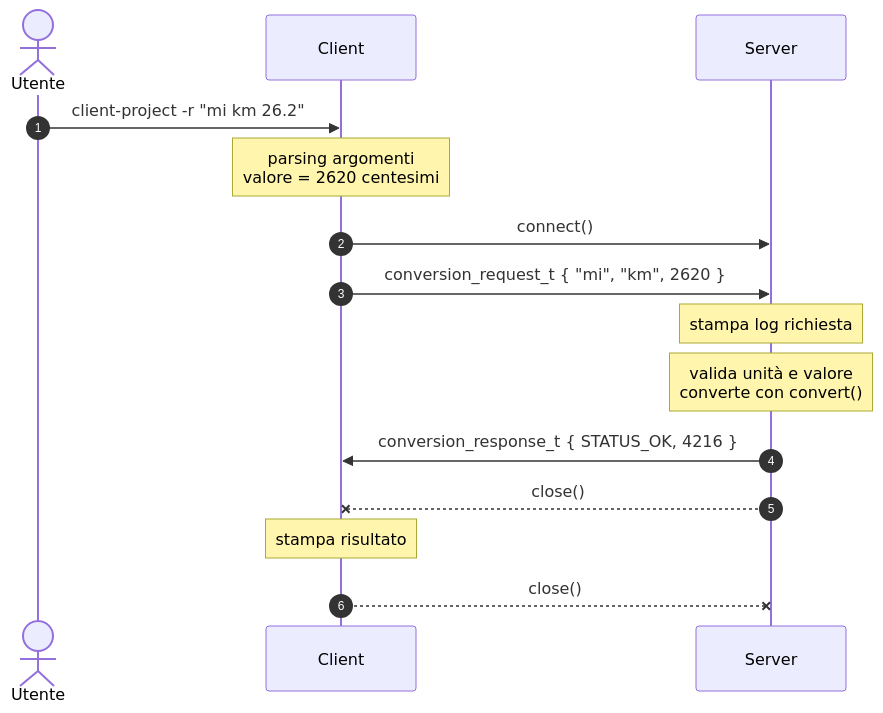
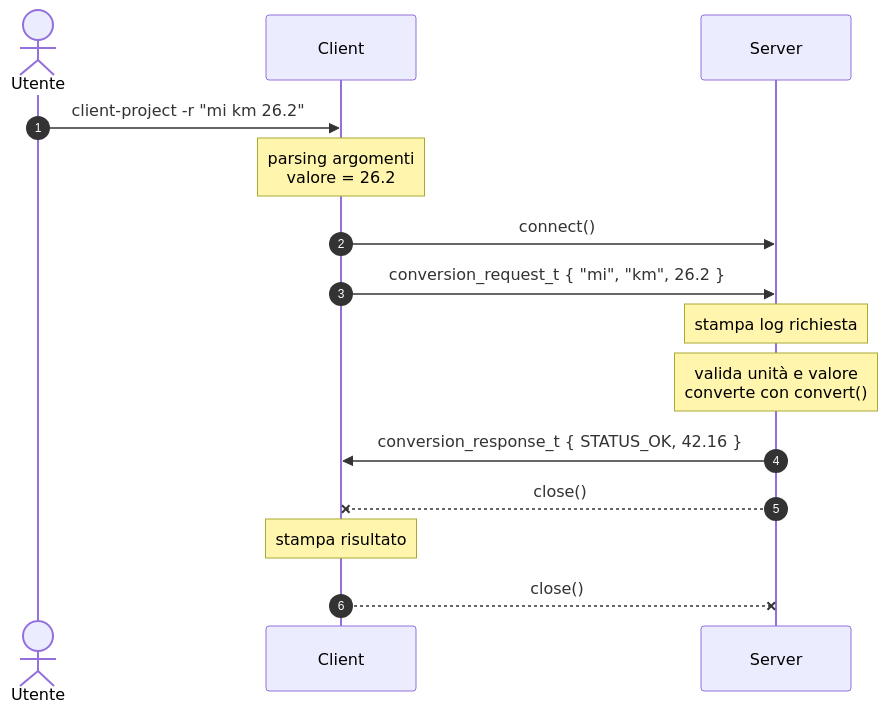
Before and after one commit to collab-uniba/esonero_reti_udp_inf_26-27: the diagram in Assegnazione.md, drawn with Mermaid. The commit also changed other lines of this file and 3 other files, not shown here.

````diff
--- a/Assegnazione.md
+++ b/Assegnazione.md
@@ -23,18 +32,18 @@
 ```mermaid
 sequenceDiagram
     autonumber
     actor U as Utente
     participant C as Client
     participant S as Server
 
     U->>C: client-project -r "mi km 26.2"
-    Note over C: parsing argomenti<br/>valore = 2620 centesimi
+    Note over C: parsing argomenti<br/>valore = 26.2
     C->>S: connect()
-    C->>S: conversion_request_t { "mi", "km", 2620 }
+    C->>S: conversion_request_t { "mi", "km", 26.2 }
     Note over S: stampa log richiesta
     Note over S: valida unità e valore<br/>converte con convert()
-    S->>C: conversion_response_t { STATUS_OK, 4216 }
+    S->>C: conversion_response_t { STATUS_OK, 42.16 }
     S--xC: close()
     Note over C: stampa risultato
     C--xS: close()
 ```
````
